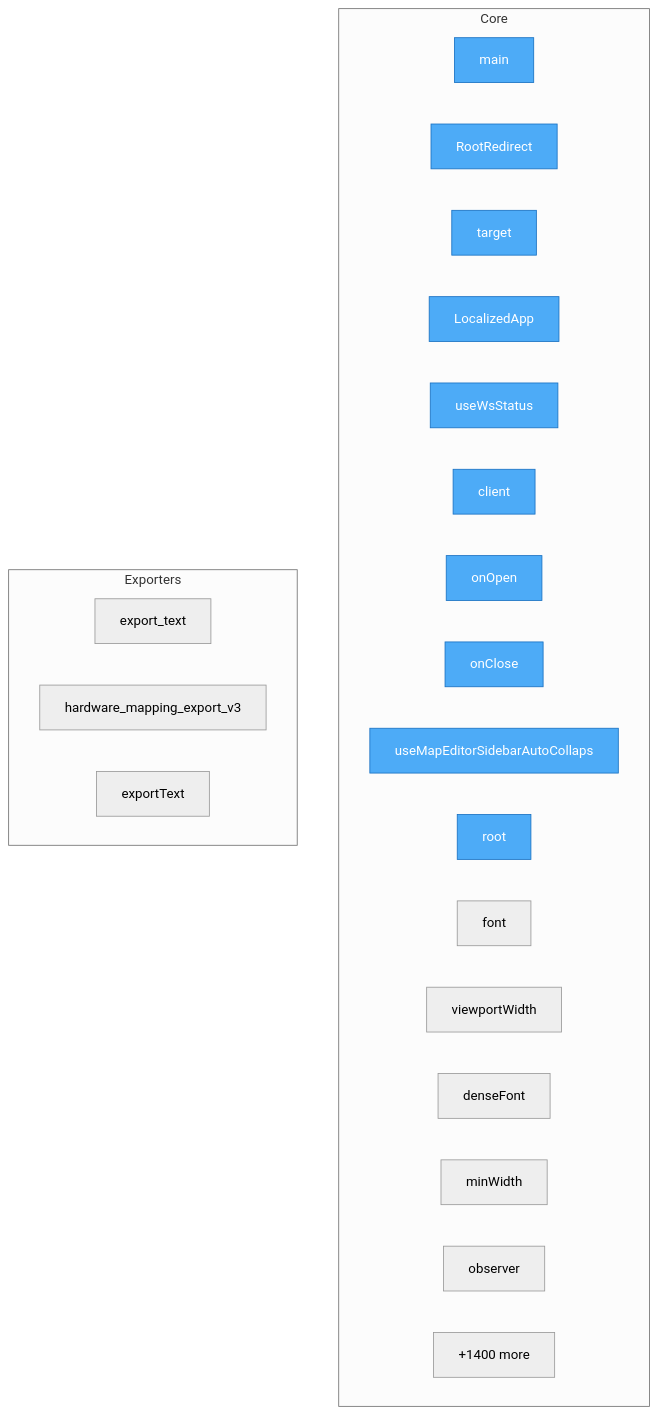
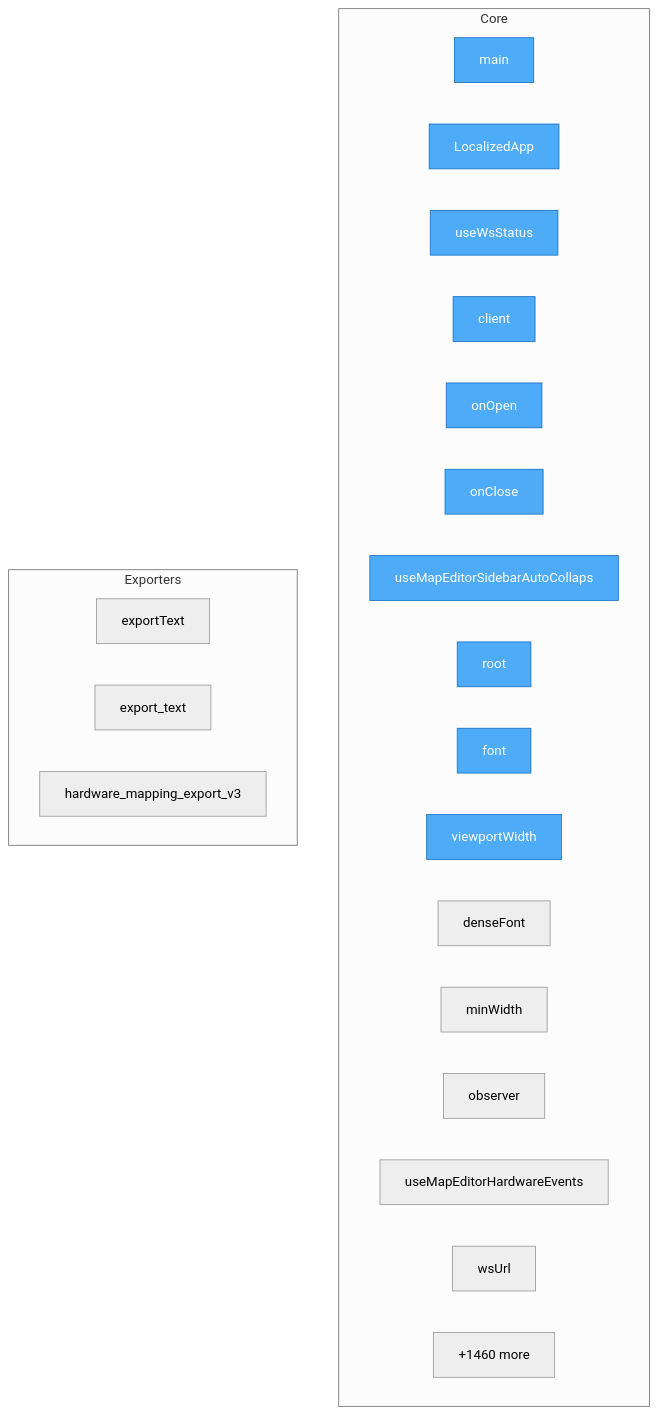
The diagram in project/flow.mmd (oqlos/oqlos), drawn with Mermaid (neutral theme) before and after one commit. The commit also changed 54 other files, not shown here.

```diff
--- a/project/flow.mmd
+++ b/project/flow.mmd
@@ -1,32 +1,32 @@
 flowchart TD
-%% generated in 0.05s
+%% generated in 0.03s
 
     %% Entry points (blue)
     classDef entry fill:#4dabf7,stroke:#1971c2,color:#fff
 
     subgraph Core
         setup_hardware_and_run_oql__main["main"]
-        frontend__src__App__RootRedirect["RootRedirect"]
-        frontend__src__App__target["target"]
         frontend__src__main__LocalizedApp["LocalizedApp"]
         frontend__src__hooks__useWsStatus__useWsStatus["useWsStatus"]
         frontend__src__hooks__useWsStatus__client["client"]
         frontend__src__hooks__useWsStatus__onOpen["onOpen"]
         frontend__src__hooks__useWsStatus__onClose["onClose"]
         frontend__src__hooks__useMapEditorSidebarAutoCollapse__useMapEditorSidebarAutoCollapse["useMapEditorSidebarAutoCollaps"]
         frontend__src__hooks__useMapEditorSidebarAutoCollapse__root["root"]
         frontend__src__hooks__useMapEditorSidebarAutoCollapse__font["font"]
         frontend__src__hooks__useMapEditorSidebarAutoCollapse__viewportWidth["viewportWidth"]
         frontend__src__hooks__useMapEditorSidebarAutoCollapse__denseFont["denseFont"]
         frontend__src__hooks__useMapEditorSidebarAutoCollapse__minWidth["minWidth"]
         frontend__src__hooks__useMapEditorSidebarAutoCollapse__observer["observer"]
-        ...["+1400 more"]
+        frontend__src__hooks__useMapEditorHardwareEvents__useMapEditorHardwareEvents["useMapEditorHardwareEvents"]
+        frontend__src__hooks__useMapEditorHardwareEvents__wsUrl["wsUrl"]
+        ...["+1460 more"]
     end
 
     subgraph Exporters
+        frontend__src__pages__HardwareRestart__exportText["exportText"]
         oqlos__api__hardware_mapping_store__MappingStore__export_text["export_text"]
         oqlos__api___hw3_mapping__hardware_mapping_export_v3["hardware_mapping_export_v3"]
-        frontend__src__pages__HardwareRestart__exportText["exportText"]
     end
 
-    class setup_hardware_and_run_oql__main,frontend__src__App__RootRedirect,frontend__src__App__target,frontend__src__main__LocalizedApp,frontend__src__hooks__useWsStatus__useWsStatus,frontend__src__hooks__useWsStatus__client,frontend__src__hooks__useWsStatus__onOpen,frontend__src__hooks__useWsStatus__onClose,frontend__src__hooks__useMapEditorSidebarAutoCollapse__useMapEditorSidebarAutoCollapse,frontend__src__hooks__useMapEditorSidebarAutoCollapse__root entry
+    class setup_hardware_and_run_oql__main,frontend__src__main__LocalizedApp,frontend__src__hooks__useWsStatus__useWsStatus,frontend__src__hooks__useWsStatus__client,frontend__src__hooks__useWsStatus__onOpen,frontend__src__hooks__useWsStatus__onClose,frontend__src__hooks__useMapEditorSidebarAutoCollapse__useMapEditorSidebarAutoCollapse,frontend__src__hooks__useMapEditorSidebarAutoCollapse__root,frontend__src__hooks__useMapEditorSidebarAutoCollapse__font,frontend__src__hooks__useMapEditorSidebarAutoCollapse__viewportWidth entry
```
